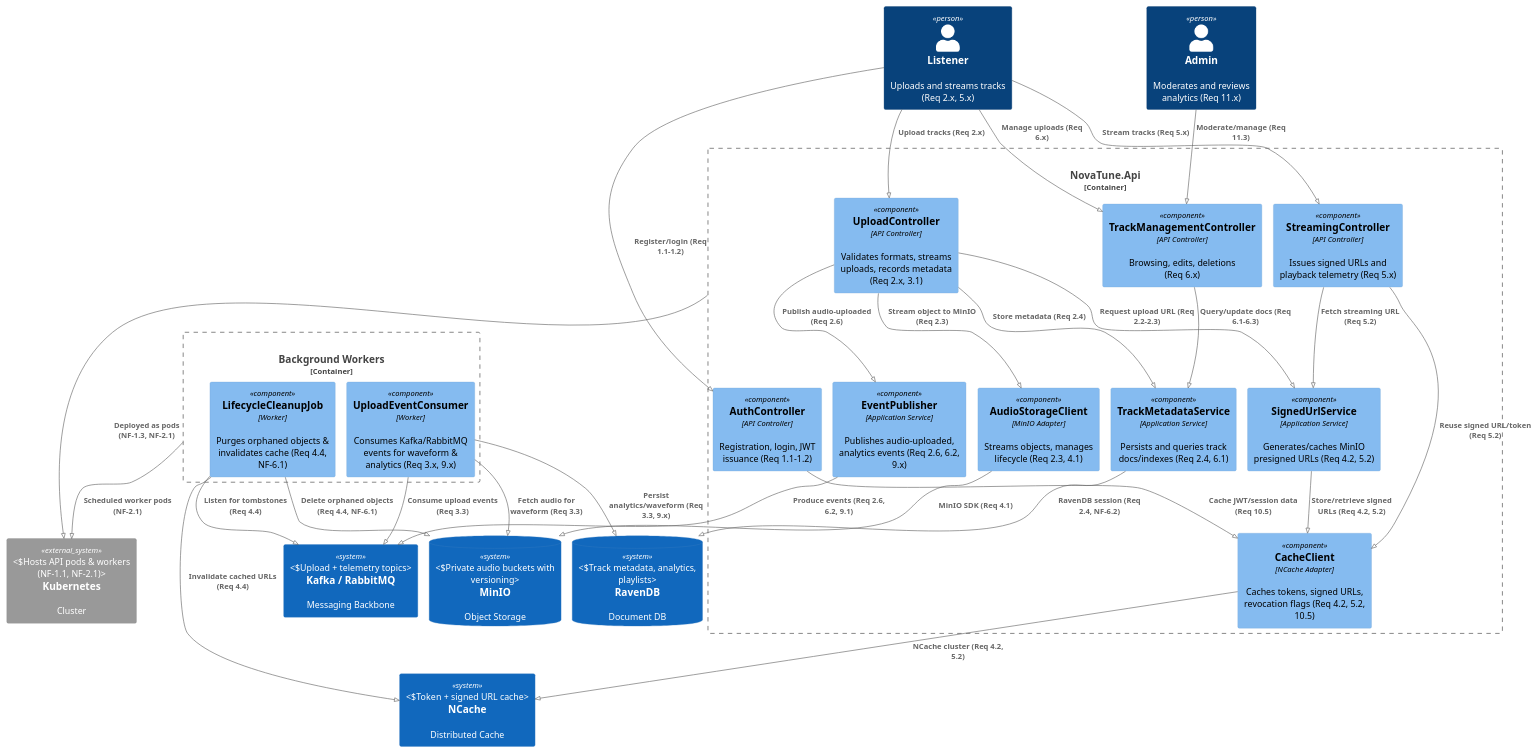
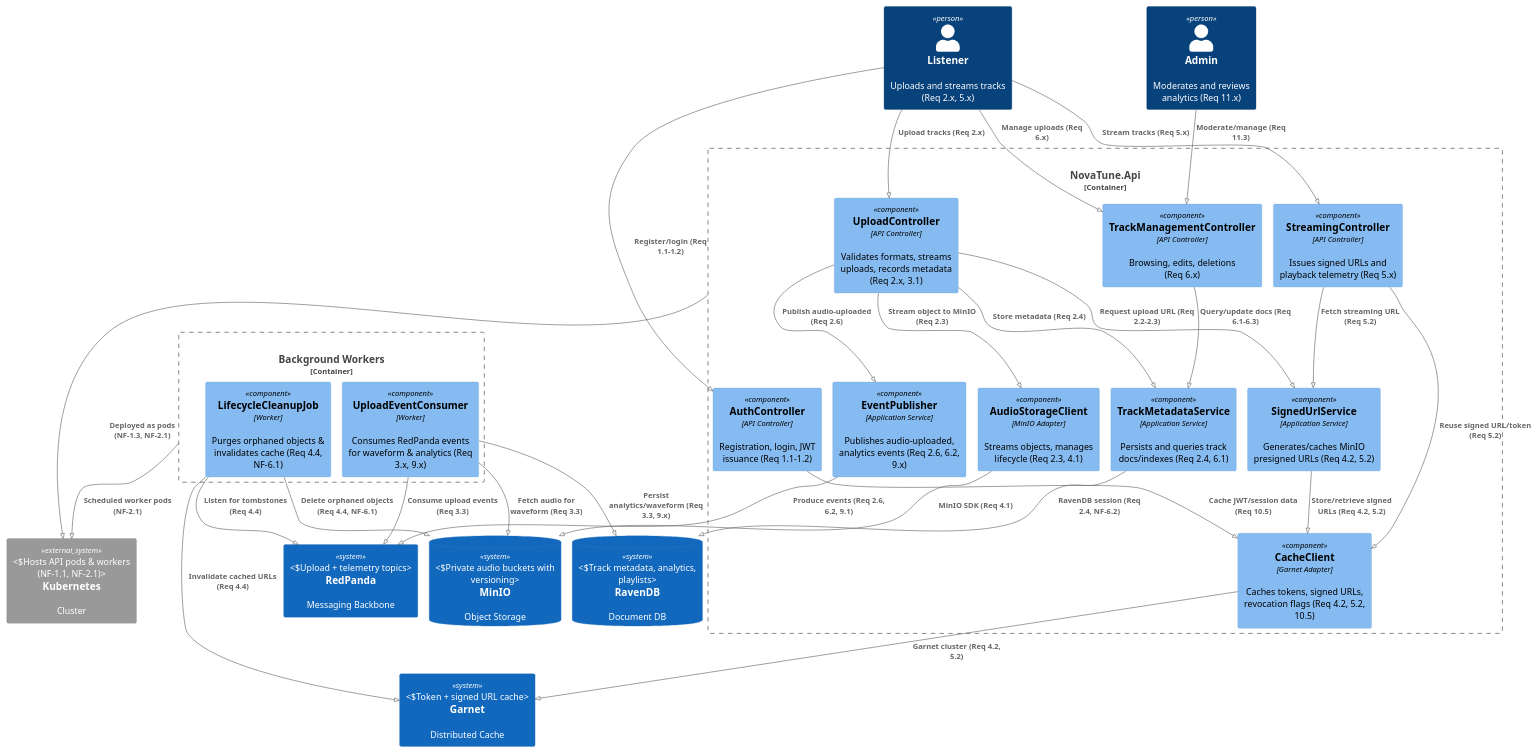
One commit to Tassadar2499/NovaTune changed the diagram in doc/diagrams/component.puml. Above: the diagram before and after it, drawn with PlantUML. The commit also changed 1 other file, not shown here.

Commit message:
Update diagrams to reflect migration from NCache to Garnet and Kafka/RabbitMQ to Redpanda for distributed caching and messaging.

```diff
--- a/doc/diagrams/component.puml
+++ b/doc/diagrams/component.puml
@@ -1,62 +1,62 @@
 @startuml NovaTuneComponent
 !include <C4/C4_Component>
 !pragma layout smetana
 
 Person(listener, "Listener", "Uploads and streams tracks (Req 2.x, 5.x)")
 Person(admin, "Admin", "Moderates and reviews analytics (Req 11.x)")
 
 Container_Boundary(api, "NovaTune.Api", "ASP.NET Core") {
     Component(authController, "AuthController", "API Controller", "Registration, login, JWT issuance (Req 1.1-1.2)")
     Component(uploadController, "UploadController", "API Controller", "Validates formats, streams uploads, records metadata (Req 2.x, 3.1)")
     Component(streamController, "StreamingController", "API Controller", "Issues signed URLs and playback telemetry (Req 5.x)")
     Component(trackController, "TrackManagementController", "API Controller", "Browsing, edits, deletions (Req 6.x)")
     Component(signedUrlService, "SignedUrlService", "Application Service", "Generates/caches MinIO presigned URLs (Req 4.2, 5.2)")
     Component(metadataService, "TrackMetadataService", "Application Service", "Persists and queries track docs/indexes (Req 2.4, 6.1)")
     Component(eventPublisher, "EventPublisher", "Application Service", "Publishes audio-uploaded, analytics events (Req 2.6, 6.2, 9.x)")
-    Component(cacheClient, "CacheClient", "NCache Adapter", "Caches tokens, signed URLs, revocation flags (Req 4.2, 5.2, 10.5)")
+    Component(cacheClient, "CacheClient", "Garnet Adapter", "Caches tokens, signed URLs, revocation flags (Req 4.2, 5.2, 10.5)")
     Component(audioStorageClient, "AudioStorageClient", "MinIO Adapter", "Streams objects, manages lifecycle (Req 2.3, 4.1)")
 }
 
 Container_Boundary(workers, "Background Workers", ".NET Worker Services") {
-    Component(uploadConsumer, "UploadEventConsumer", "Worker", "Consumes Kafka/RabbitMQ events for waveform & analytics (Req 3.x, 9.x)")
+    Component(uploadConsumer, "UploadEventConsumer", "Worker", "Consumes RedPanda events for waveform & analytics (Req 3.x, 9.x)")
     Component(cleanupJob, "LifecycleCleanupJob", "Worker", "Purges orphaned objects & invalidates cache (Req 4.4, NF-6.1)")
 }
 
 SystemDb(raven, "RavenDB", "Document DB", "Track metadata, analytics, playlists")
 SystemDb(minio, "MinIO", "Object Storage", "Private audio buckets with versioning")
-System(queue, "Kafka / RabbitMQ", "Messaging Backbone", "Upload + telemetry topics")
-System(cache, "NCache", "Distributed Cache", "Token + signed URL cache")
+System(queue, "RedPanda", "Messaging Backbone", "Upload + telemetry topics")
+System(cache, "Garnet", "Distributed Cache", "Token + signed URL cache")
 System_Ext(k8s, "Kubernetes", "Cluster", "Hosts API pods & workers (NF-1.1, NF-2.1)")
 
 Rel(listener, authController, "Register/login (Req 1.1-1.2)")
 Rel(listener, uploadController, "Upload tracks (Req 2.x)")
 Rel(listener, streamController, "Stream tracks (Req 5.x)")
 Rel(listener, trackController, "Manage uploads (Req 6.x)")
 Rel(admin, trackController, "Moderate/manage (Req 11.3)")
 
 Rel(authController, cacheClient, "Cache JWT/session data (Req 10.5)")
 Rel(uploadController, signedUrlService, "Request upload URL (Req 2.2-2.3)")
 Rel(uploadController, metadataService, "Store metadata (Req 2.4)")
 Rel(uploadController, eventPublisher, "Publish audio-uploaded (Req 2.6)")
 Rel(uploadController, audioStorageClient, "Stream object to MinIO (Req 2.3)")
 Rel(streamController, signedUrlService, "Fetch streaming URL (Req 5.2)")
 Rel(streamController, cacheClient, "Reuse signed URL/token (Req 5.2)")
 Rel(trackController, metadataService, "Query/update docs (Req 6.1-6.3)")
 
 Rel(signedUrlService, cacheClient, "Store/retrieve signed URLs (Req 4.2, 5.2)")
 Rel(metadataService, raven, "RavenDB session (Req 2.4, NF-6.2)")
 Rel(audioStorageClient, minio, "MinIO SDK (Req 4.1)")
 Rel(eventPublisher, queue, "Produce events (Req 2.6, 6.2, 9.1)")
-Rel(cacheClient, cache, "NCache cluster (Req 4.2, 5.2)")
+Rel(cacheClient, cache, "Garnet cluster (Req 4.2, 5.2)")
 
 Rel(uploadConsumer, queue, "Consume upload events (Req 3.3)")
 Rel(uploadConsumer, minio, "Fetch audio for waveform (Req 3.3)")
 Rel(uploadConsumer, raven, "Persist analytics/waveform (Req 3.3, 9.x)")
 Rel(cleanupJob, queue, "Listen for tombstones (Req 4.4)")
 Rel(cleanupJob, minio, "Delete orphaned objects (Req 4.4, NF-6.1)")
 Rel(cleanupJob, cache, "Invalidate cached URLs (Req 4.4)")
 
 Rel(api, k8s, "Deployed as pods (NF-1.3, NF-2.1)")
 Rel(workers, k8s, "Scheduled worker pods (NF-2.1)")
 
 @enduml
```
